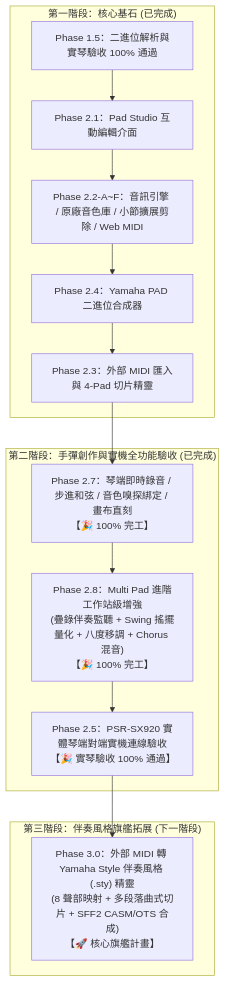
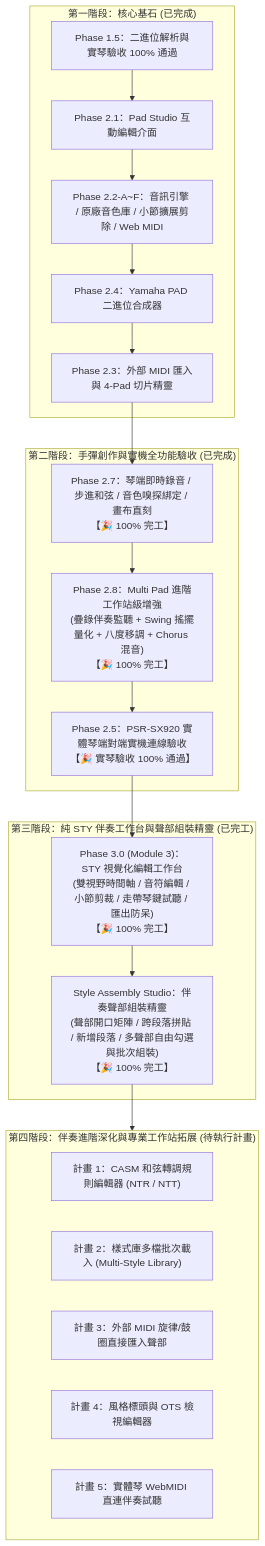
Before and after one commit to CMChen59/Yamaha-Midi-Edit: the diagram in PROJECT_PROGRESS_CHECKPOINT.md, drawn with Mermaid. The commit also changed other lines of this file and 1 other file, not shown here.

Commit message:
docs(roadmap): record 5 pending execution plans and update master progress checkpoint

````diff
--- a/PROJECT_PROGRESS_CHECKPOINT.md
+++ b/PROJECT_PROGRESS_CHECKPOINT.md
@@ -57,25 +59,36 @@
 ```mermaid
 flowchart TD
     subgraph S1 ["第一階段：核心基石 (已完成)"]
         Step15["Phase 1.5：二進位解析與實琴驗收 100% 通過"]
         Step21["Phase 2.1：Pad Studio 互動編輯介面"]
         Step22["Phase 2.2-A~F：音訊引擎 / 原廠音色庫 / 小節擴展剪除 / Web MIDI"]
         Step24["Phase 2.4：Yamaha PAD 二進位合成器"]
         Step23["Phase 2.3：外部 MIDI 匯入與 4-Pad 切片精靈"]
     end
 
     subgraph S2 ["第二階段：手彈創作與實機全功能驗收 (已完成)"]
         Step27["Phase 2.7：琴端即時錄音 / 步進和弦 / 音色嗅探綁定 / 畫布直刻\n【🎉 100% 完工】"]
         Step28["Phase 2.8：Multi Pad 進階工作站級增強\n(疊錄伴奏監聽 + Swing 搖擺量化 + 八度移調 + Chorus 混音)\n【🎉 100% 完工】"]
         Step25["Phase 2.5：PSR-SX920 實體琴端對端實機連線驗收\n【🎉 實琴驗收 100% 通過】"]
     end
 
-    subgraph S3 ["第三階段：伴奏風格旗艦拓展 (下一階段)"]
-        Step30["Phase 3.0：外部 MIDI 轉 Yamaha Style 伴奏風格 (.sty) 精靈\n(8 聲部映射 + 多段落曲式切片 + SFF2 CASM/OTS 合成)\n【🚀 核心旗艦計畫】"]
+    subgraph S3 ["第三階段：純 STY 伴奏工作台與聲部組裝精靈 (已完工)"]
+        Step31["Phase 3.0 (Module 3)：STY 視覺化編輯工作台\n(雙視野時間軸 / 音符編輯 / 小節剪裁 / 走帶琴鍵試聽 / 匯出防呆)\n【🎉 100% 完工】"]
+        Step32["Style Assembly Studio：伴奏聲部組裝精靈\n(聲部開口矩陣 / 跨段落拼貼 / 新增段落 / 多聲部自由勾選與批次組裝)\n【🎉 100% 完工】"]
+    end
+
+    subgraph S4 ["第四階段：伴奏進階深化與專業工作站拓展 (待執行計畫)"]
+        P1["計畫 1：CASM 和弦轉調規則編輯器 (NTR / NTT)"]
+        P2["計畫 2：樣式庫多檔批次載入 (Multi-Style Library)"]
+        P3["計畫 3：外部 MIDI 旋律/鼓圈直接匯入聲部"]
+        P4["計畫 4：風格標頭與 OTS 檢視編輯器"]
+        P5["計畫 5：實體琴 WebMIDI 直連伴奏試聽"]
     end
 
     Step15 --> Step21 --> Step22 --> Step24 --> Step23 --> Step27
     Step27 --> Step28
     Step28 --> Step25
-    Step25 --> Step30
+    Step25 --> Step31
+    Step31 --> Step32
+    Step32 --> S4
 ```
````
